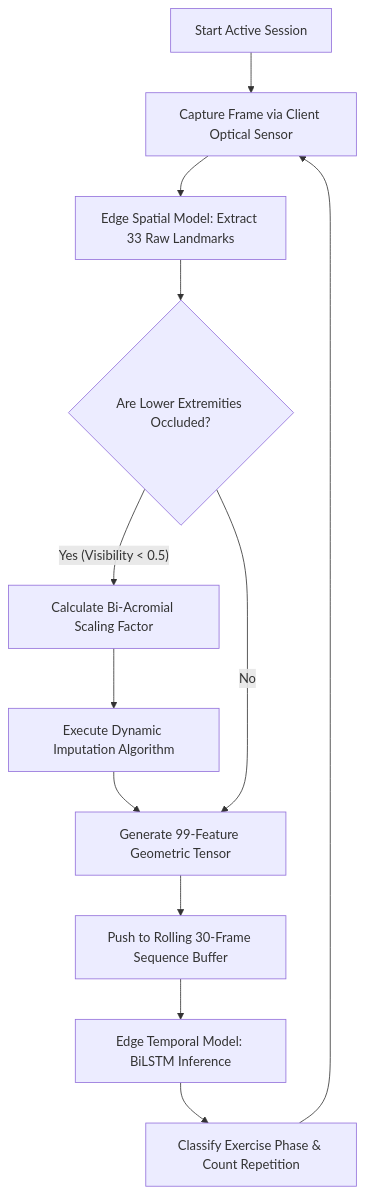
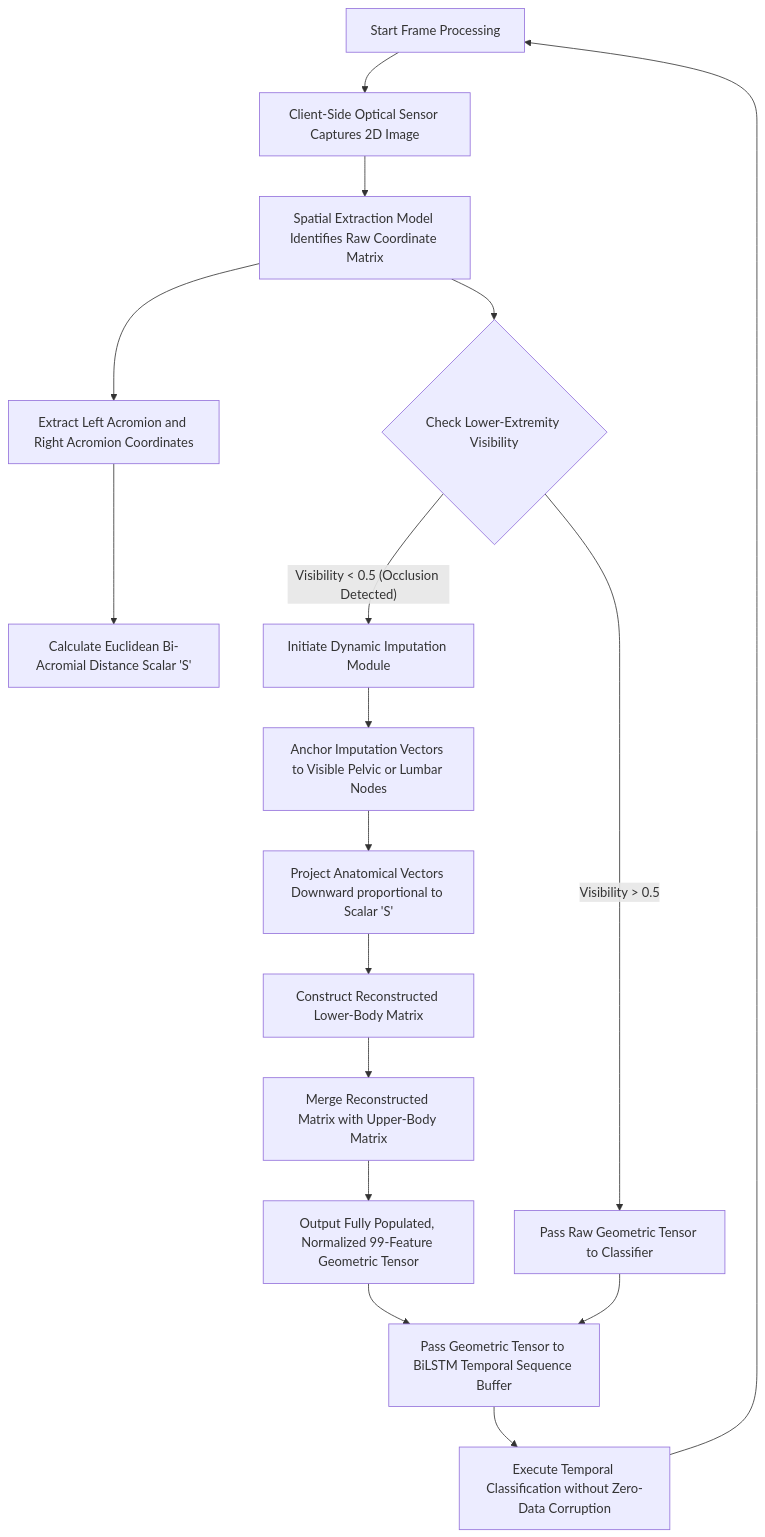
One commit to NotArsal/Physiotherapy changed the diagram in docs/patent/patent_diagrams.md. Above: the diagram before and after it, drawn with Mermaid. The commit also changed other lines of this file and 1 other file, not shown here.

Commit message:
docs: narrow patent specification to focus purely on imputation algorithm

````diff
--- a/docs/patent/patent_diagrams.md
+++ b/docs/patent/patent_diagrams.md
@@ -12,16 +11,26 @@
 ```mermaid
 graph TD
-    A[Start Active Session] --> B[Capture Frame via Client Optical Sensor]
-    B --> C[Edge Spatial Model: Extract 33 Raw Landmarks]
+    A[Start Frame Processing] --> B[Client-Side Optical Sensor Captures 2D Image]
+    B --> C[Spatial Extraction Model Identifies Raw Coordinate Matrix]
     
-    C --> D{Are Lower Extremities Occluded?}
-    D -- Yes (Visibility < 0.5) --> E[Calculate Bi-Acromial Scaling Factor]
-    E --> F[Execute Dynamic Imputation Algorithm]
-    F --> G[Generate 99-Feature Geometric Tensor]
-    D -- No --> G
+    C --> D[Extract Left Acromion and Right Acromion Coordinates]
+    D --> E[Calculate Euclidean Bi-Acromial Distance Scalar 'S']
     
-    G --> H[Push to Rolling 30-Frame Sequence Buffer]
-    H --> I[Edge Temporal Model: BiLSTM Inference]
-    I --> J[Classify Exercise Phase & Count Repetition]
-    J --> B
+    C --> F{Check Lower-Extremity Visibility}
+    F -- Visibility > 0.5 --> G[Pass Raw Geometric Tensor to Classifier]
+    
+    F -- Visibility < 0.5 (Occlusion Detected) --> H[Initiate Dynamic Imputation Module]
+    
+    H --> I[Anchor Imputation Vectors to Visible Pelvic or Lumbar Nodes]
+    I --> J[Project Anatomical Vectors Downward proportional to Scalar 'S']
+    
+    J --> K[Construct Reconstructed Lower-Body Matrix]
+    K --> L[Merge Reconstructed Matrix with Upper-Body Matrix]
+    
+    L --> M[Output Fully Populated, Normalized 99-Feature Geometric Tensor]
+    M --> N[Pass Geometric Tensor to BiLSTM Temporal Sequence Buffer]
+    
+    G --> N
+    N --> O[Execute Temporal Classification without Zero-Data Corruption]
+    O --> A
 ```
````
